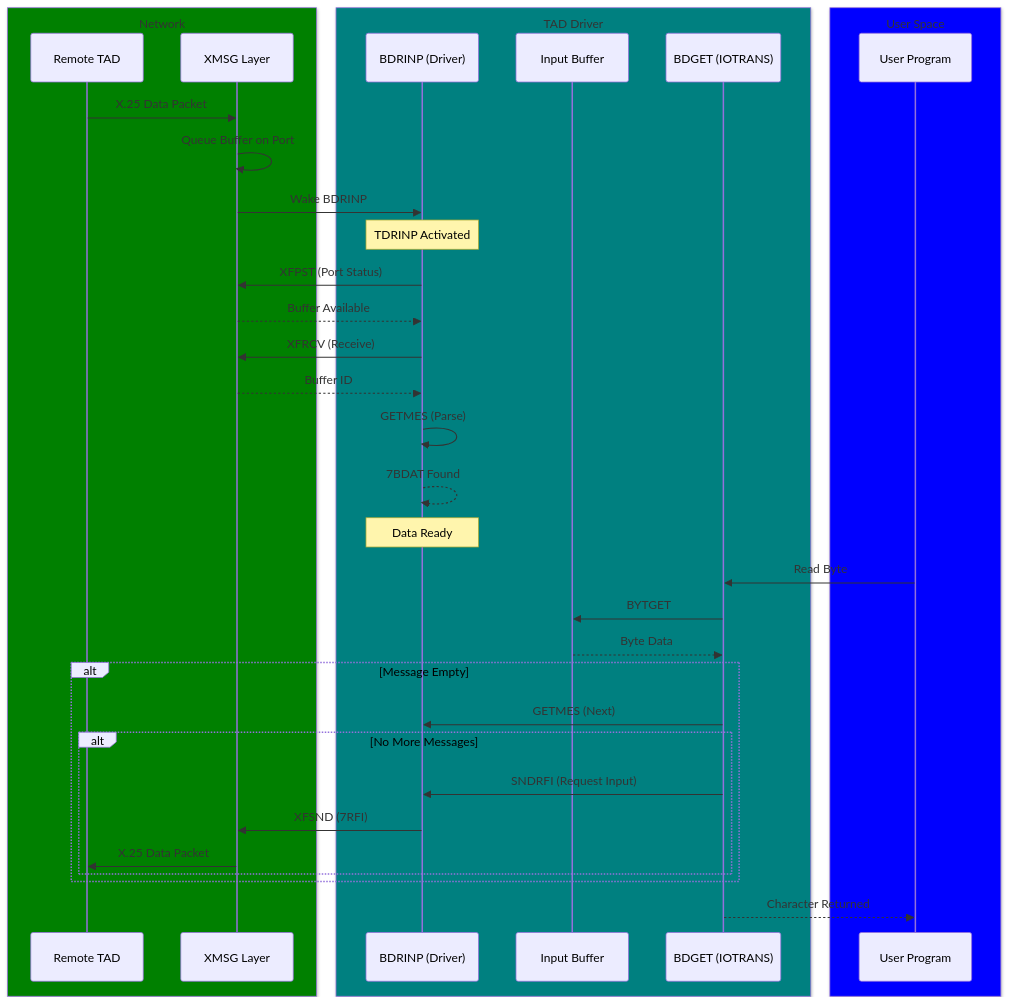
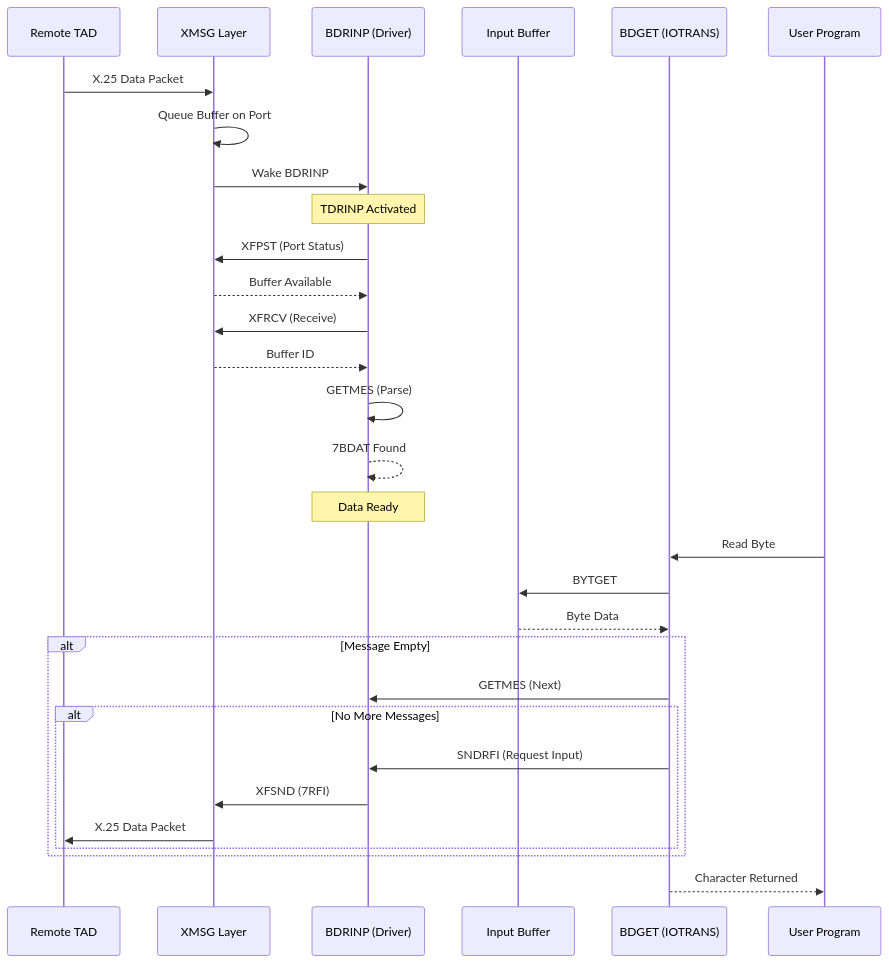
Before and after one commit to HackerCorpLabs/NDInsight: the fourth of 21 diagrams in SINTRAN/TAD/TAD-Protocol-Flows.md, drawn with Mermaid. The commit also changed other lines of this file and 3 other files, not shown here.

First line of the commit message:
docs: Remove colored box backgrounds from Mermaid sequence diagrams

````diff
--- a/SINTRAN/TAD/TAD-Protocol-Flows.md
+++ b/SINTRAN/TAD/TAD-Protocol-Flows.md
@@ -172,50 +144,37 @@
 ```mermaid
 sequenceDiagram
     participant Remote as Remote TAD
     participant XMSG as XMSG Layer
     participant Driver as BDRINP (Driver)
     participant Buffer as Input Buffer
     participant IOTRANS as BDGET (IOTRANS)
     participant User as User Program
 
     Remote->>XMSG: X.25 Data Packet
     XMSG->>XMSG: Queue Buffer on Port
     XMSG->>Driver: Wake BDRINP
 
     Note over Driver: TDRINP Activated
     Driver->>XMSG: XFPST (Port Status)
     XMSG-->>Driver: Buffer Available
     Driver->>XMSG: XFRCV (Receive)
     XMSG-->>Driver: Buffer ID
     Driver->>Driver: GETMES (Parse)
     Driver-->>Driver: 7BDAT Found
 
     Note over Driver: Data Ready
     User->>IOTRANS: Read Byte
     IOTRANS->>Buffer: BYTGET
     Buffer-->>IOTRANS: Byte Data
 
     alt Message Empty
         IOTRANS->>Driver: GETMES (Next)
         alt No More Messages
             IOTRANS->>Driver: SNDRFI (Request Input)
             Driver->>XMSG: XFSND (7RFI)
             XMSG->>Remote: X.25 Data Packet
         end
     end
 
     IOTRANS-->>User: Character Returned
-    
-    box Green Network
-    participant Remote
-    participant XMSG
-    end
-    box Teal TAD Driver
-    participant Driver
-    participant Buffer
-    participant IOTRANS
-    end
-    box Blue User Space
-    participant User
-    end
 ```
````
